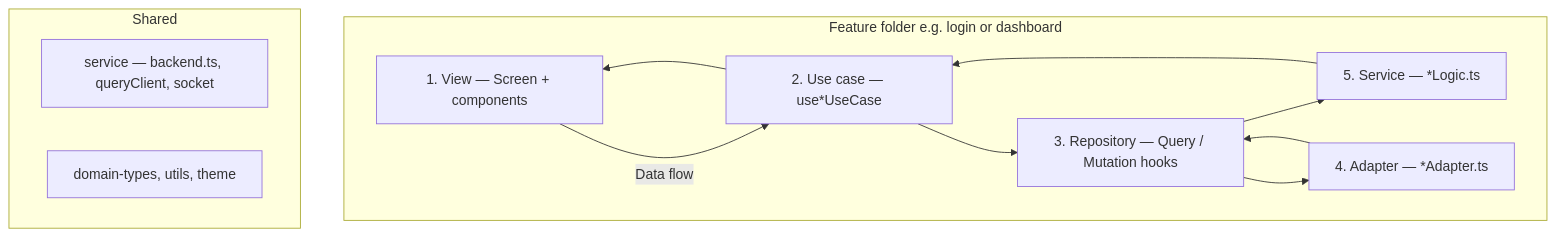
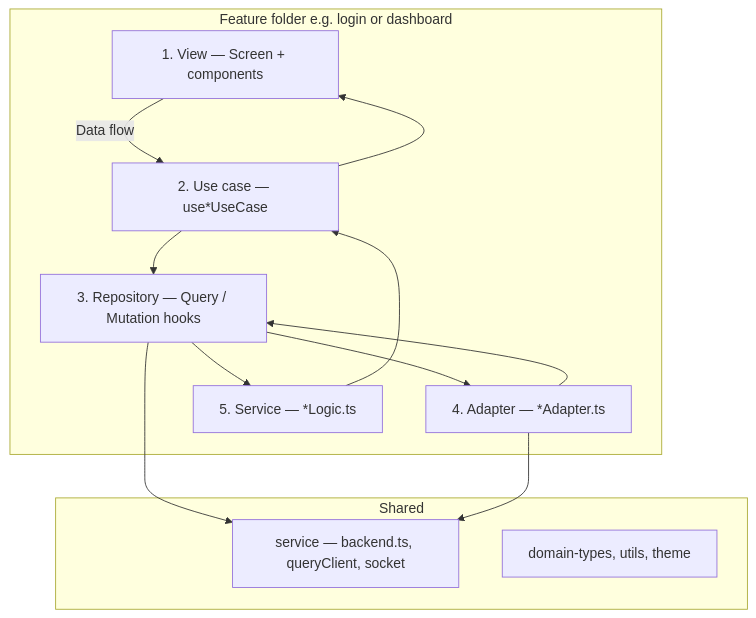
Before and after one commit to wizzywit/wired: the diagram in wired-frontend/README.md, drawn with Mermaid. The commit also changed 5 other files, not shown here.

Commit message:
improved code architecture

````diff
--- a/wired-frontend/README.md
+++ b/wired-frontend/README.md
@@ -47,23 +47,25 @@
 ```mermaid
 flowchart TB
   subgraph feature [Feature folder e.g. login or dashboard]
     V[1. View — Screen + components]
     UC[2. Use case — use*UseCase]
     R[3. Repository — Query / Mutation hooks]
     A[4. Adapter — *Adapter.ts]
     S[5. Service — *Logic.ts]
   end
 
   subgraph shared [Shared]
     SVC[service — backend.ts, queryClient, socket]
     DOM[domain-types, utils, theme]
   end
 
   V -->|Data flow|UC
   UC --> V
   UC --> R
   S --> UC
   R --> S
   R --> A
+  R --> SVC
   A --> R
+  A --> SVC
 ```
````
